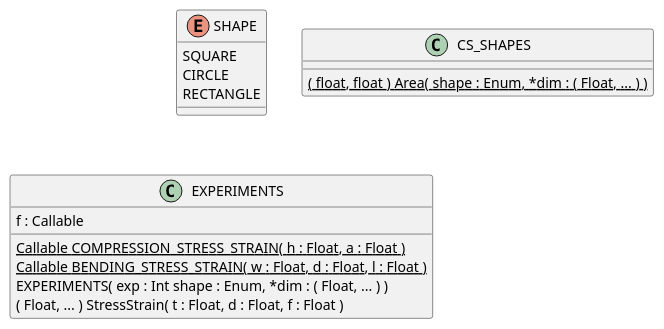
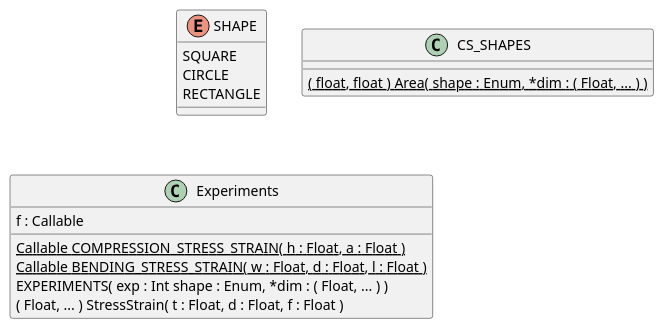
Before and after one commit to metamaterials-lab/mech-analyzer: the diagram in docs/puml/Processor/Experiments.puml, drawn with PlantUML. The commit also changed 7 other files, not shown here.

```diff
--- a/docs/puml/Processor/Experiments.puml
+++ b/docs/puml/Processor/Experiments.puml
@@ -1,21 +1,21 @@
 @startuml
 
 enum SHAPE {
     SQUARE
     CIRCLE
     RECTANGLE
 }
 
 class CS_SHAPES {
     {static} ( float, float ) Area( shape : Enum, *dim : ( Float, ... ) )
 }
 
-class EXPERIMENTS {
+class Experiments {
     f : Callable
     {static} Callable COMPRESSION_STRESS_STRAIN( h : Float, a : Float )
     {static} Callable BENDING_STRESS_STRAIN( w : Float, d : Float, l : Float )
     EXPERIMENTS( exp : Int shape : Enum, *dim : ( Float, ... ) )
     ( Float, ... ) StressStrain( t : Float, d : Float, f : Float )
 }
 
 @enduml
```
